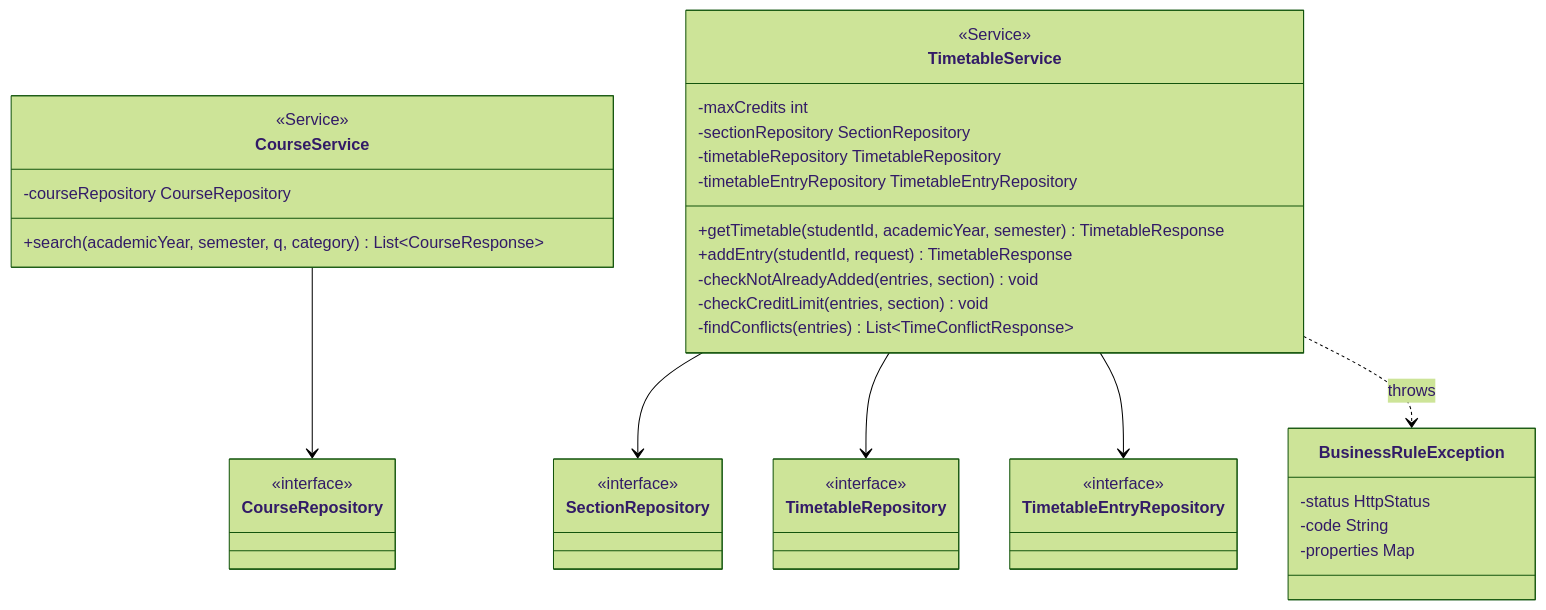
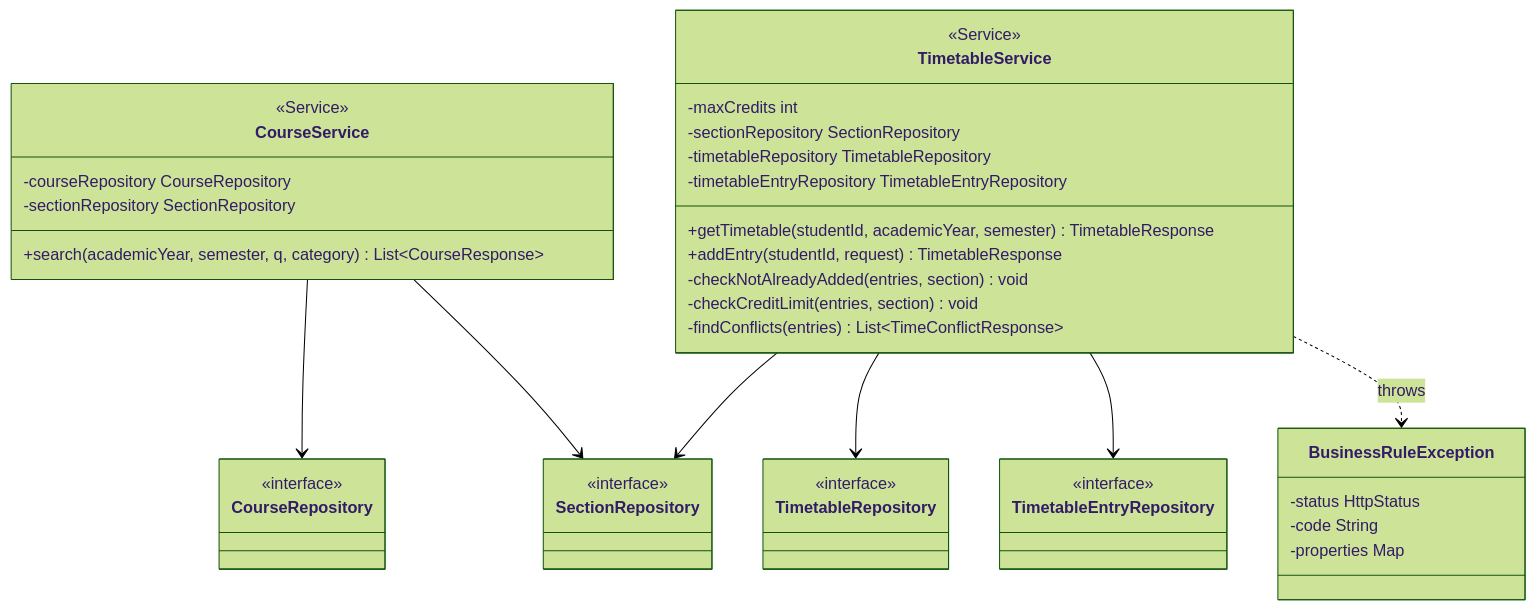
The diagram in .doc/US1/T06/US1-T06-Extended-API-Class-Diagram.md (Non-Sin/CS261-G3-MockTimetableTU), drawn with Mermaid (forest theme) before and after one commit. The commit also changed 27 other files, not shown here.

````diff
--- a/.doc/US1/T06/US1-T06-Extended-API-Class-Diagram.md
+++ b/.doc/US1/T06/US1-T06-Extended-API-Class-Diagram.md
@@ -7,43 +7,45 @@
 ```mermaid
 classDiagram
     class CourseService {
         <<Service>>
         -courseRepository CourseRepository
+        -sectionRepository SectionRepository
         +search(academicYear, semester, q, category) List~CourseResponse~
     }
     class TimetableService {
         <<Service>>
         -maxCredits int
         -sectionRepository SectionRepository
         -timetableRepository TimetableRepository
         -timetableEntryRepository TimetableEntryRepository
         +getTimetable(studentId, academicYear, semester) TimetableResponse
         +addEntry(studentId, request) TimetableResponse
         -checkNotAlreadyAdded(entries, section) void
         -checkCreditLimit(entries, section) void
         -findConflicts(entries) List~TimeConflictResponse~
     }
     class CourseRepository {
         <<interface>>
     }
     class SectionRepository {
         <<interface>>
     }
     class TimetableRepository {
         <<interface>>
     }
     class TimetableEntryRepository {
         <<interface>>
     }
     class BusinessRuleException {
         -status HttpStatus
         -code String
         -properties Map
     }
 
     CourseService --> CourseRepository
+    CourseService --> SectionRepository
     TimetableService --> SectionRepository
     TimetableService --> TimetableRepository
     TimetableService --> TimetableEntryRepository
     TimetableService ..> BusinessRuleException : throws
 ```
````
